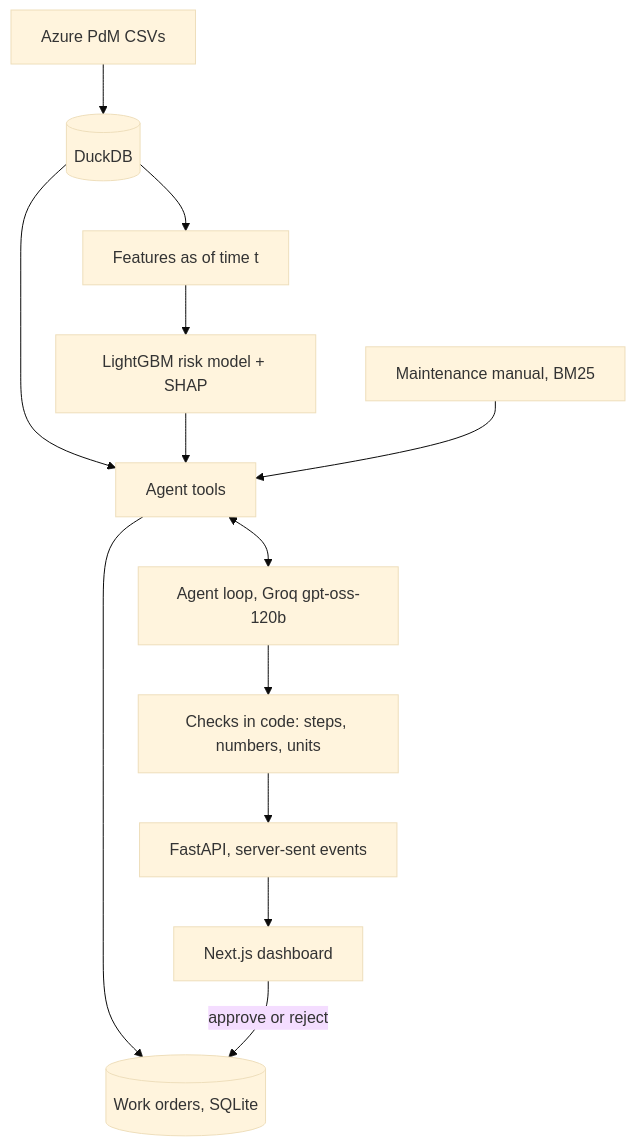
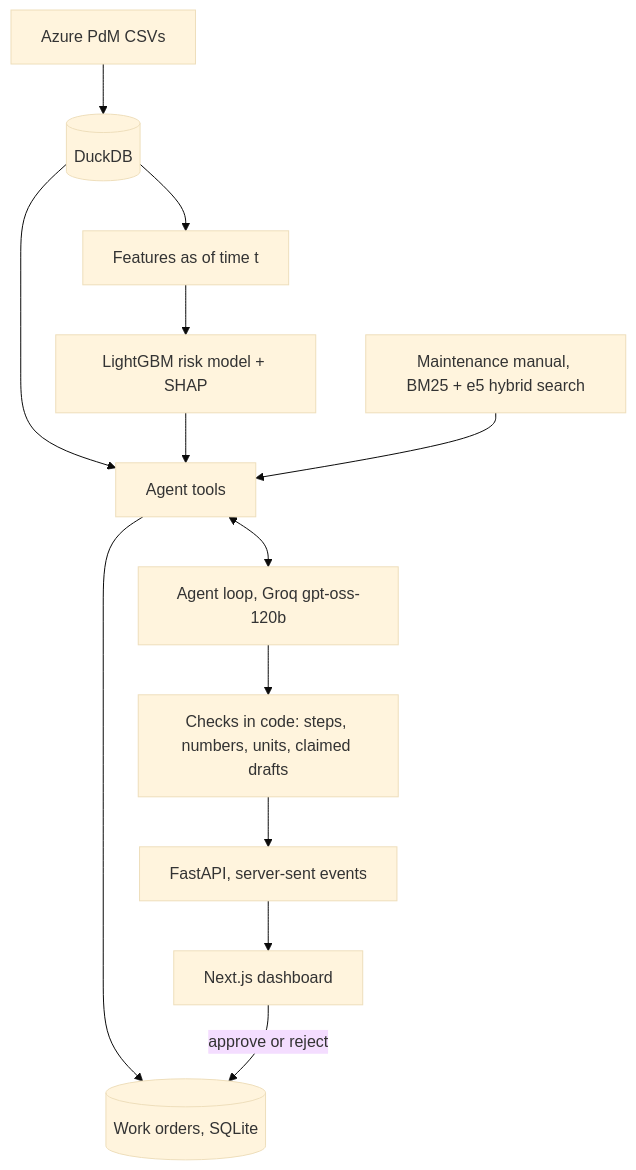
The diagram in README.md (Taykuth/maintagent), drawn with Mermaid (base theme) before and after one commit. The commit also changed other lines of this file and 13 other files, not shown here.

Commit message:
Agent v3 results in README, check for claimed drafts, new screenshot

````diff
--- a/README.md
+++ b/README.md
@@ -88,15 +106,15 @@
 ```mermaid
 flowchart TD
   CSV[Azure PdM CSVs] --> DB[(DuckDB)]
   DB --> F[Features as of time t]
   F --> M[LightGBM risk model + SHAP]
   DB --> T[Agent tools]
   M --> T
-  K[Maintenance manual, BM25] --> T
+  K[Maintenance manual, BM25 + e5 hybrid search] --> T
   T <--> A[Agent loop, Groq gpt-oss-120b]
-  A --> C[Checks in code: steps, numbers, units]
+  A --> C[Checks in code: steps, numbers, units, claimed drafts]
   C --> API[FastAPI, server-sent events]
   T --> WO[(Work orders, SQLite)]
   API --> UI[Next.js dashboard]
   UI -->|approve or reject| WO
 ```
````
